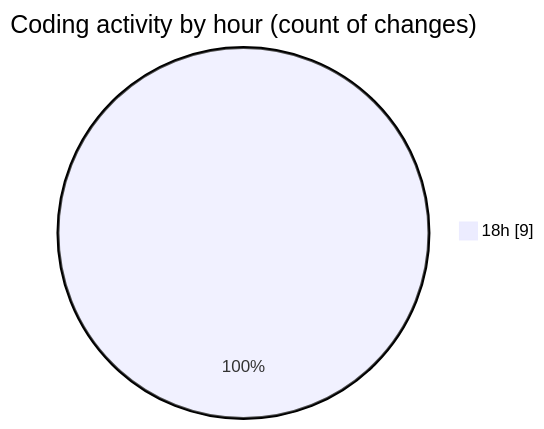
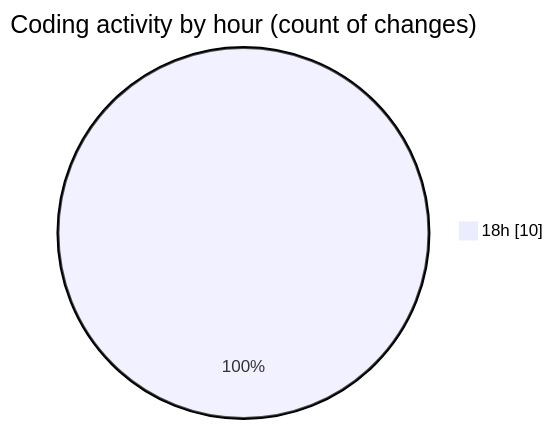
One commit to Netris89/code-tracking changed the second of 2 diagrams in 2025-03-13/back-end/README.md. Above: the diagram before and after it, drawn with Mermaid. The commit also changed other lines of this file and 1 other file, not shown here.

````diff
--- a/2025-03-13/back-end/README.md
+++ b/2025-03-13/back-end/README.md
@@ -30,5 +31,5 @@
 ```mermaid
 pie showData
 title Coding activity by hour (count of changes)
-"18h" : 9
+"18h" : 10
 ```
````
